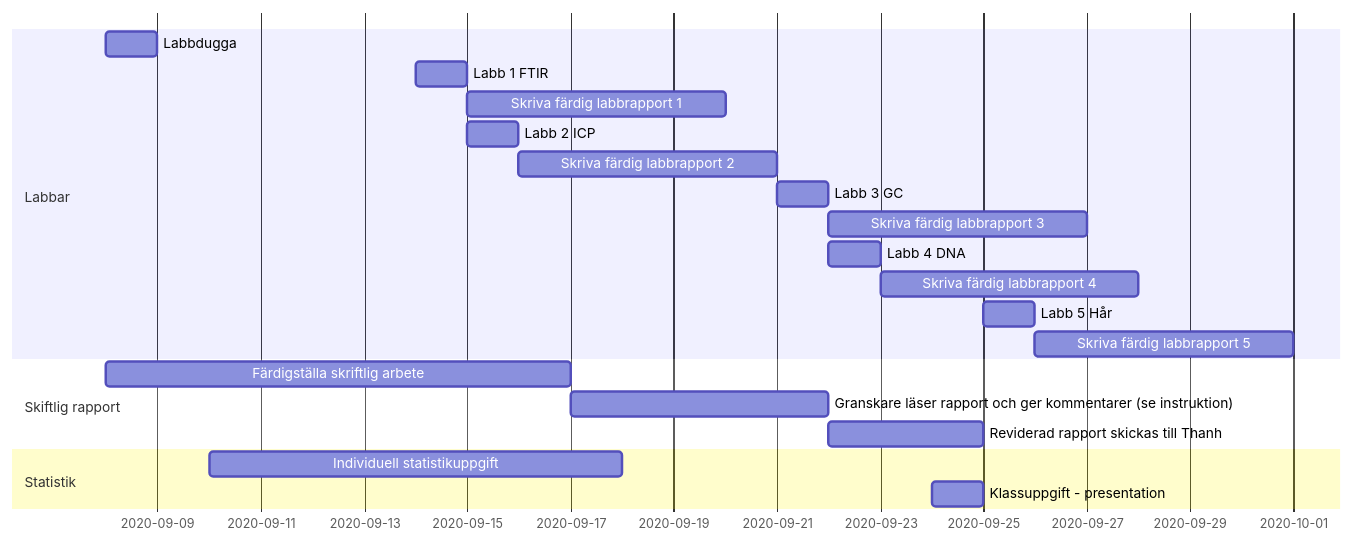
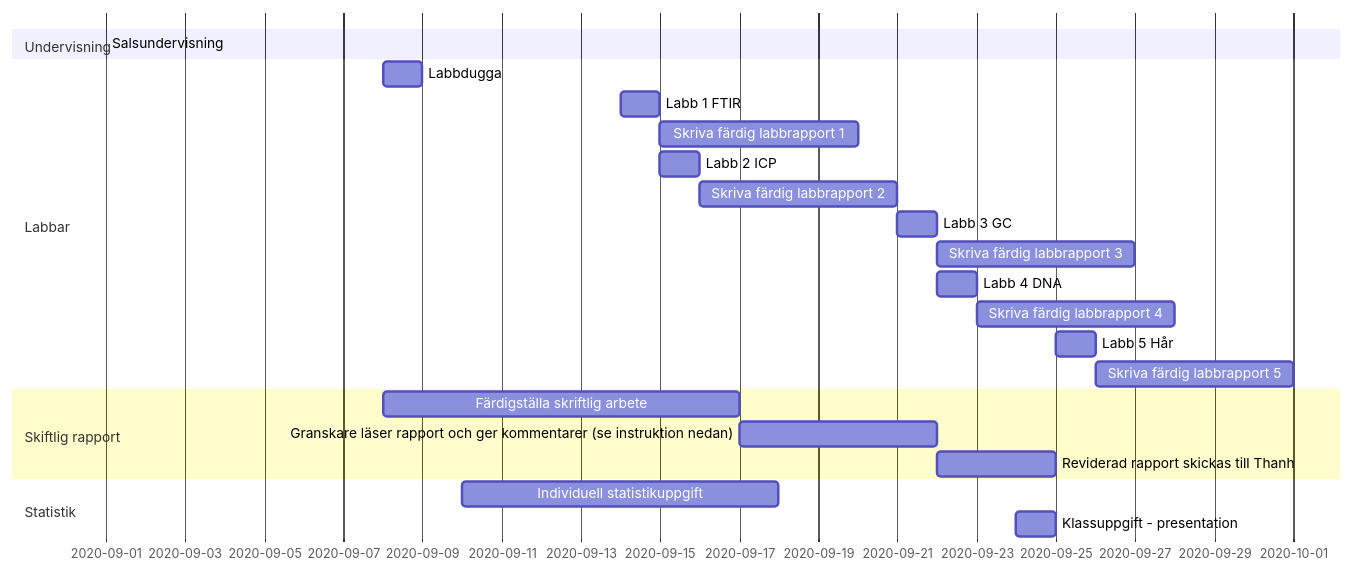
Before and after one commit to WBS-TW/KE201G: the diagram in content/kursupplägg/gantt/gantt.md, drawn with Mermaid. The commit also changed 24 other files, not shown here.

````diff
--- a/content/kursupplägg/gantt/gantt.md
+++ b/content/kursupplägg/gantt/gantt.md
@@ -28,23 +28,25 @@
 ```mermaid
 gantt
   dateFormat  YYYY-MM-DD
+  section Undervisning
+  Salsundervisning: 2020-09-01, 2020-09-
   section Labbar
   Labbdugga: LD, 2020-09-08, 1d
   Labb 1 FTIR: L1, 2020-09-14, 1d
   Skriva färdig labbrapport 1: after L1, 5d
   Labb 2 ICP: L2, 2020-09-15, 1d
   Skriva färdig labbrapport 2: after L2, 5d
   Labb 3 GC: L3, 2020-09-21, 1d
   Skriva färdig labbrapport 3: after L3, 5d
   Labb 4 DNA: L4, 2020-09-22, 1d
   Skriva färdig labbrapport 4: after L4, 5d
   Labb 5 Hår: L5, 2020-09-25, 1d 
   Skriva färdig labbrapport 5: after L5, 5d
   section Skiftlig rapport
   Färdigställa skriftlig arbete: 2020-09-08, 2020-09-17
-  Granskare läser rapport och ger kommentarer (se instruktion): 2020-09-17, 2020-09-22
+  Granskare läser rapport och ger kommentarer (se instruktion nedan): 2020-09-17, 2020-09-22
   Reviderad rapport skickas till Thanh: 2020-09-22, 2020-09-25  
   section Statistik
   Individuell statistikuppgift: 2020-09-10, 2020-09-18
   Klassuppgift - presentation: 2020-09-24, 1d
 ```
````
